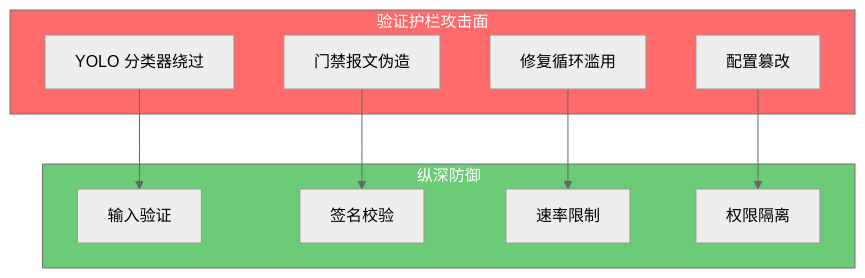
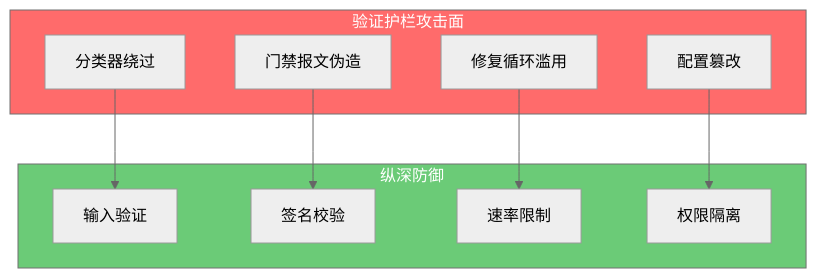
Before and after one commit to tonydeng/harness-engineering-from-oc-to-ai-coding: diagram 11 of 12 in src/02-core-concepts/validation-harness.md, drawn with Mermaid (neutral theme). The commit also changed other lines of this file and 69 other files, not shown here.

````diff
--- a/src/02-core-concepts/validation-harness.md
+++ b/src/02-core-concepts/validation-harness.md
@@ -1017,24 +1019,24 @@
 ```mermaid
 flowchart TB
     subgraph 攻击面["验证护栏攻击面"]
-        A1[YOLO 分类器绕过]
+        A1[分类器绕过]
         A2[门禁报文伪造]
         A3[修复循环滥用]
         A4[配置篡改]
     end
     
     subgraph 防御层["纵深防御"]
         D1[输入验证]
         D2[签名校验]
         D3[速率限制]
         D4[权限隔离]
     end
     
     A1 --> D1
     A2 --> D2
     A3 --> D3
     A4 --> D4
     
     style 攻击面 fill:#ff6b6b,color:#fff
     style 防御层 fill:#6bcb77,color:#fff
 ```
````
